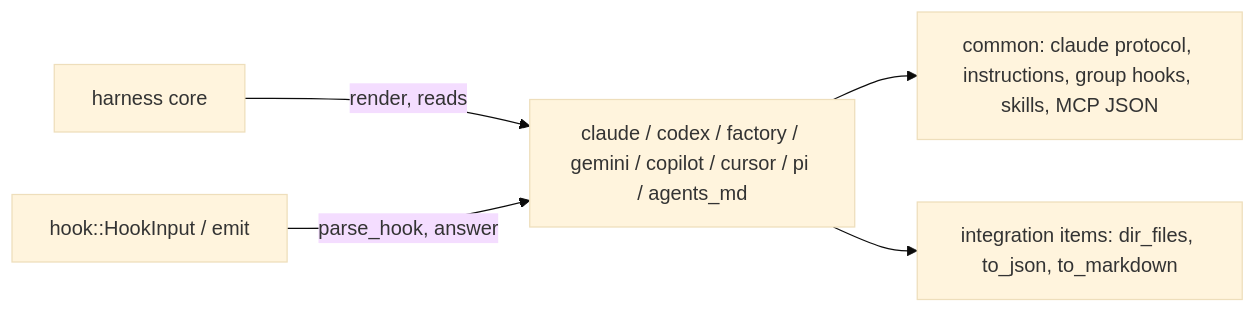
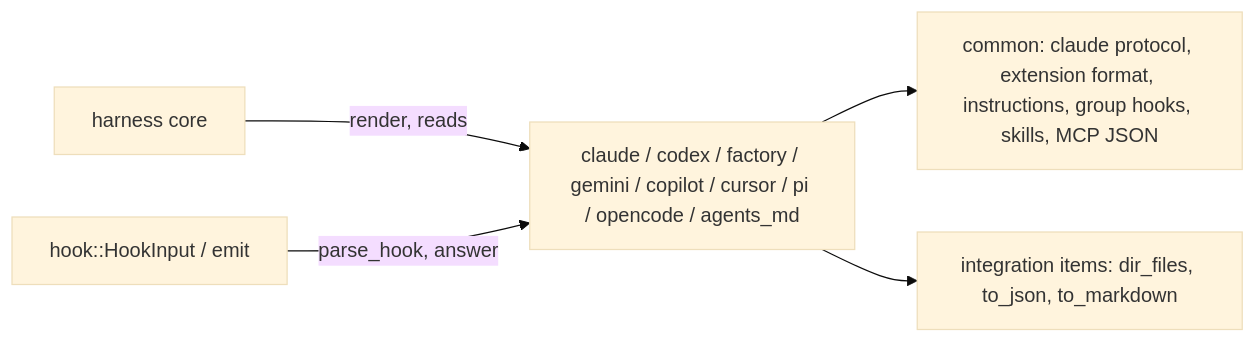
One commit to six5536/agent-harness-adapter changed the diagram in .zen/specs/DESIGN-HAR-harnesses.md. Above: the diagram before and after it, drawn with Mermaid (base theme). The commit also changed other lines of this file and 34 other files, not shown here.

Commit message:
feat: OpenCode harness (HAR-10): a generated plugin runs the tool's hooks; Pi and OpenCode share the extension format (common::extension); agent checks drive OpenCode through its server and it passes A1-A10

````diff
--- a/.zen/specs/DESIGN-HAR-harnesses.md
+++ b/.zen/specs/DESIGN-HAR-harnesses.md
@@ -13,7 +13,7 @@
 ```mermaid
 flowchart LR
-    Core[harness core] -->|render, reads| Mod[claude / codex / factory / gemini / copilot / cursor / pi / agents_md]
+    Core[harness core] -->|render, reads| Mod[claude / codex / factory / gemini / copilot / cursor / pi / opencode / agents_md]
     Hook[hook::HookInput / emit] -->|parse_hook, answer| Mod
-    Mod --> Common[common: claude protocol, instructions, group hooks, skills, MCP JSON]
+    Mod --> Common[common: claude protocol, extension format, instructions, group hooks, skills, MCP JSON]
     Mod --> Items[integration items: dir_files, to_json, to_markdown]
 ```
````
